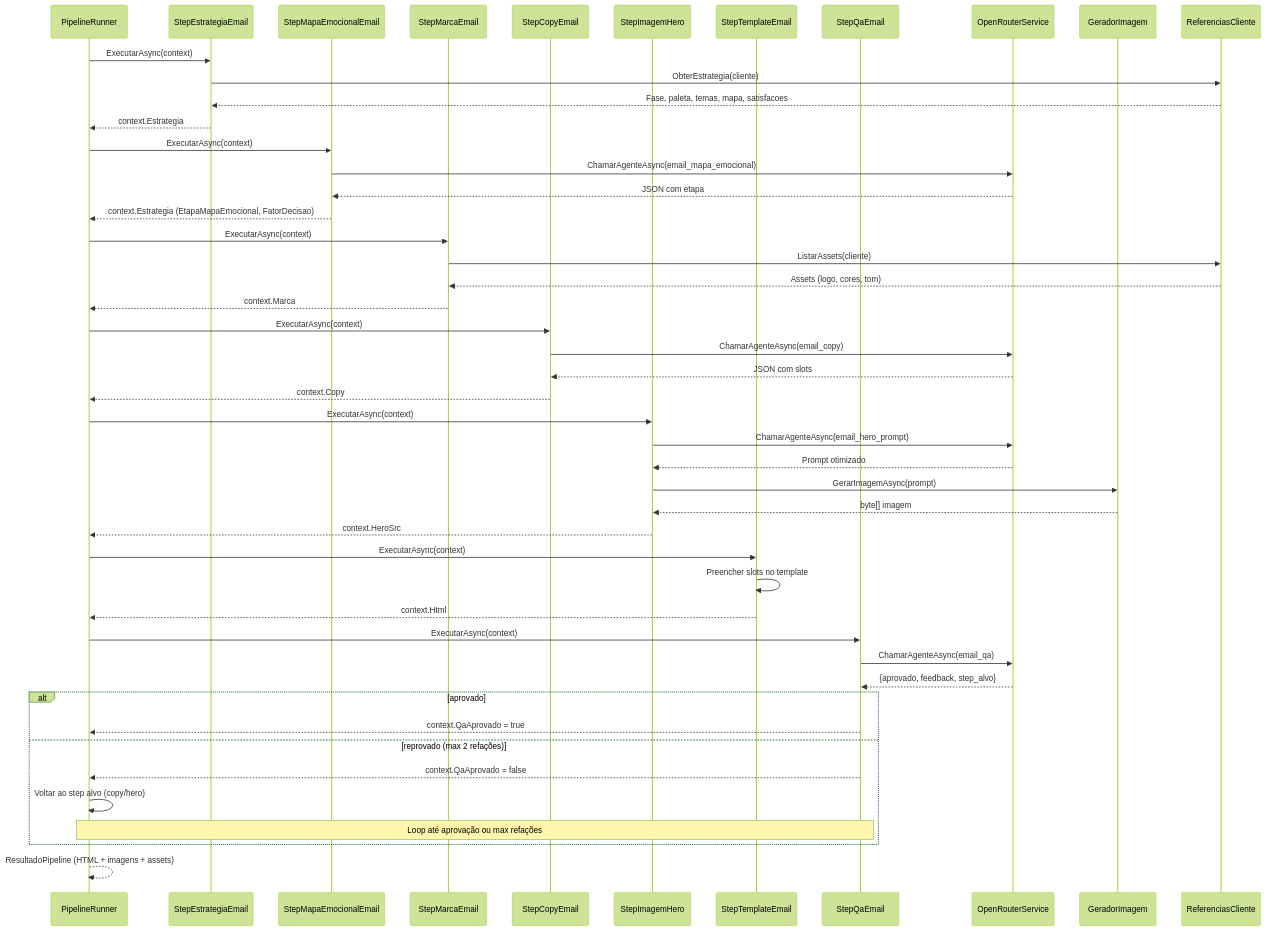
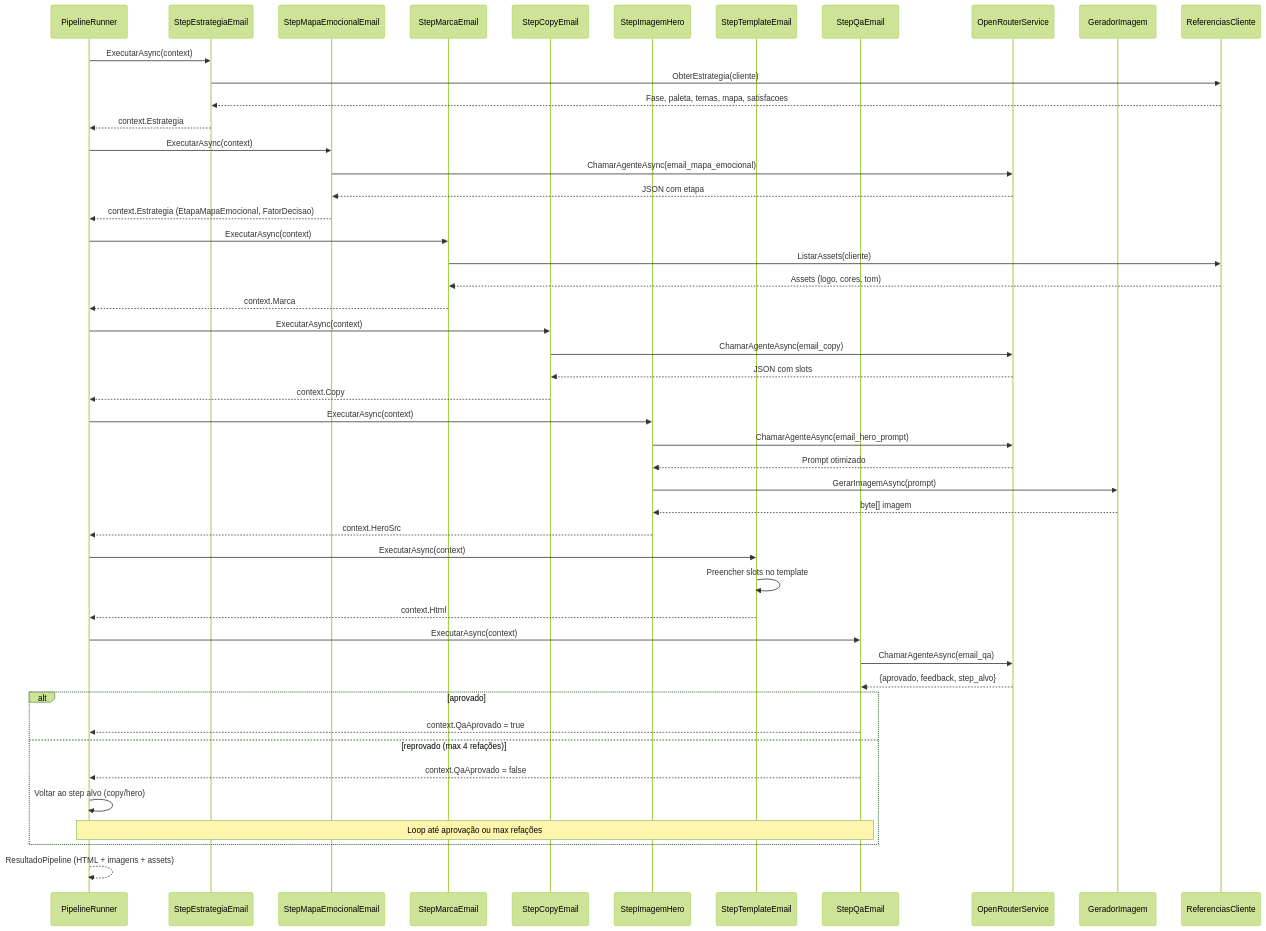
Before and after one commit to joaopedro-marques/suspira.fluxo.demo: the third of 7 diagrams in docs/ARCHITECTURE.md, drawn with Mermaid (forest theme). The commit also changed other lines of this file and 4 other files, not shown here.

````diff
--- a/docs/ARCHITECTURE.md
+++ b/docs/ARCHITECTURE.md
@@ -167,59 +167,59 @@
 ```mermaid
 sequenceDiagram
     participant PR as PipelineRunner
     participant SE as StepEstrategiaEmail
     participant SMA as StepMapaEmocionalEmail
     participant SM as StepMarcaEmail
     participant SC as StepCopyEmail
     participant SH as StepImagemHero
     participant ST as StepTemplateEmail
     participant SQ as StepQaEmail
     participant OR as OpenRouterService
     participant GI as GeradorImagem
     participant RC as ReferenciasCliente
     
     PR->>SE: ExecutarAsync(context)
     SE->>RC: ObterEstrategia(cliente)
     RC-->>SE: Fase, paleta, temas, mapa, satisfacoes
     SE-->>PR: context.Estrategia
     
     PR->>SMA: ExecutarAsync(context)
     SMA->>OR: ChamarAgenteAsync(email_mapa_emocional)
     OR-->>SMA: JSON com etapa
     SMA-->>PR: context.Estrategia (EtapaMapaEmocional, FatorDecisao)
     
     PR->>SM: ExecutarAsync(context)
     SM->>RC: ListarAssets(cliente)
     RC-->>SM: Assets (logo, cores, tom)
     SM-->>PR: context.Marca
     
     PR->>SC: ExecutarAsync(context)
     SC->>OR: ChamarAgenteAsync(email_copy)
     OR-->>SC: JSON com slots
     SC-->>PR: context.Copy
     
     PR->>SH: ExecutarAsync(context)
     SH->>OR: ChamarAgenteAsync(email_hero_prompt)
     OR-->>SH: Prompt otimizado
     SH->>GI: GerarImagemAsync(prompt)
     GI-->>SH: byte[] imagem
     SH-->>PR: context.HeroSrc
     
     PR->>ST: ExecutarAsync(context)
     ST->>ST: Preencher slots no template
     ST-->>PR: context.Html
     
     PR->>SQ: ExecutarAsync(context)
     SQ->>OR: ChamarAgenteAsync(email_qa)
     OR-->>SQ: {aprovado, feedback, step_alvo}
     
     alt aprovado
         SQ-->>PR: context.QaAprovado = true
-    else reprovado (max 2 refações)
+    else reprovado (max 4 refações)
         SQ-->>PR: context.QaAprovado = false
         PR->>PR: Voltar ao step alvo (copy/hero)
         Note over PR,SQ: Loop até aprovação ou max refações
     end
     
     PR-->>PR: ResultadoPipeline (HTML + imagens + assets)
 ```
````
